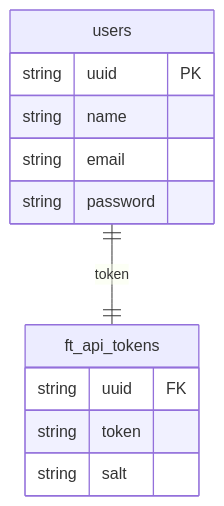
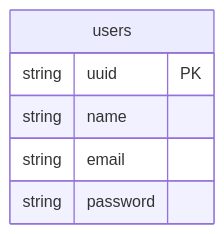
The diagram in doc/er/pong_tables.md (ShotaTanemura/ft_transcendence), drawn with Mermaid before and after one commit. The commit also changed 5 other files, not shown here.

Commit message:
Remove ApiToken42

````diff
--- a/doc/er/pong_tables.md
+++ b/doc/er/pong_tables.md
@@ -3,18 +3,10 @@
 ```mermaid
 erDiagram
-
-users ||--|| ft_api_tokens : token
 
 users {
     string uuid PK
     string name
     string email
     string password
 }
-
-ft_api_tokens {
-    string uuid FK
-    string token
-    string salt
-}
 ```
````
